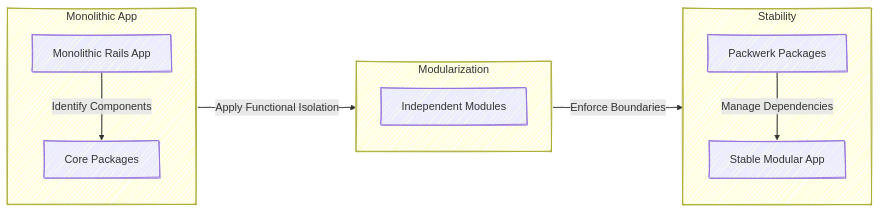
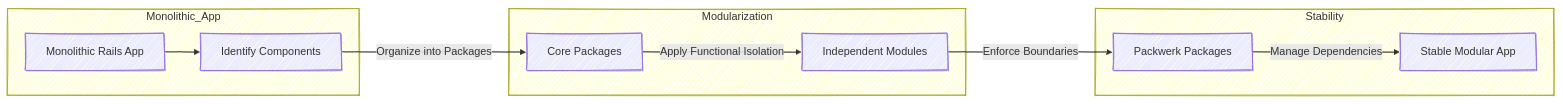
Before and after one commit to enogrob/enogrob.github.io: the first of 2 diagrams in _posts/2025-05-16-modular-monolity-with-packwerk.md, drawn with Mermaid. The commit also changed other lines of this file and 1 other file, not shown here.

Commit message:
update-post-packwerk

````diff
--- a/_posts/2025-05-16-modular-monolity-with-packwerk.md
+++ b/_posts/2025-05-16-modular-monolity-with-packwerk.md
@@ -52,24 +50,16 @@
 ```mermaid!
-%%{init: {"theme": "default", "look": "handDrawn"}}%%
+%%{init: {"theme": "default", "look": "handDrawn", "flowchart": {"curve": "linear"}}}%%
 graph LR
-    subgraph Monolithic_App["Monolithic App"]
-      direction TB
-      A[Monolithic Rails App]
-      B[Core Packages]
-      A -->|Identify Components| B
-    end
+subgraph Monolithic_App
+  A[Monolithic Rails App] --> B[Identify Components]
+end
+B -->|Organize into Packages| C[Core Packages]
+subgraph Modularization
+  C -->|Apply Functional Isolation| D[Independent Modules]
+end
 
-    subgraph Modularization
-      direction TB
-      C[Independent Modules]
-      B -->|Apply Functional Isolation| C
-    end
-
-    subgraph Stability
-      direction TB
-      D[Packwerk Packages]
-      E[Stable Modular App]
-      C -->|Enforce Boundaries| D
-      D -->|Manage Dependencies| E
-    end
+subgraph Stability
+  D -->|Enforce Boundaries| E[Packwerk Packages]
+  E -->|Manage Dependencies| F[Stable Modular App]
+end
 ```
````
